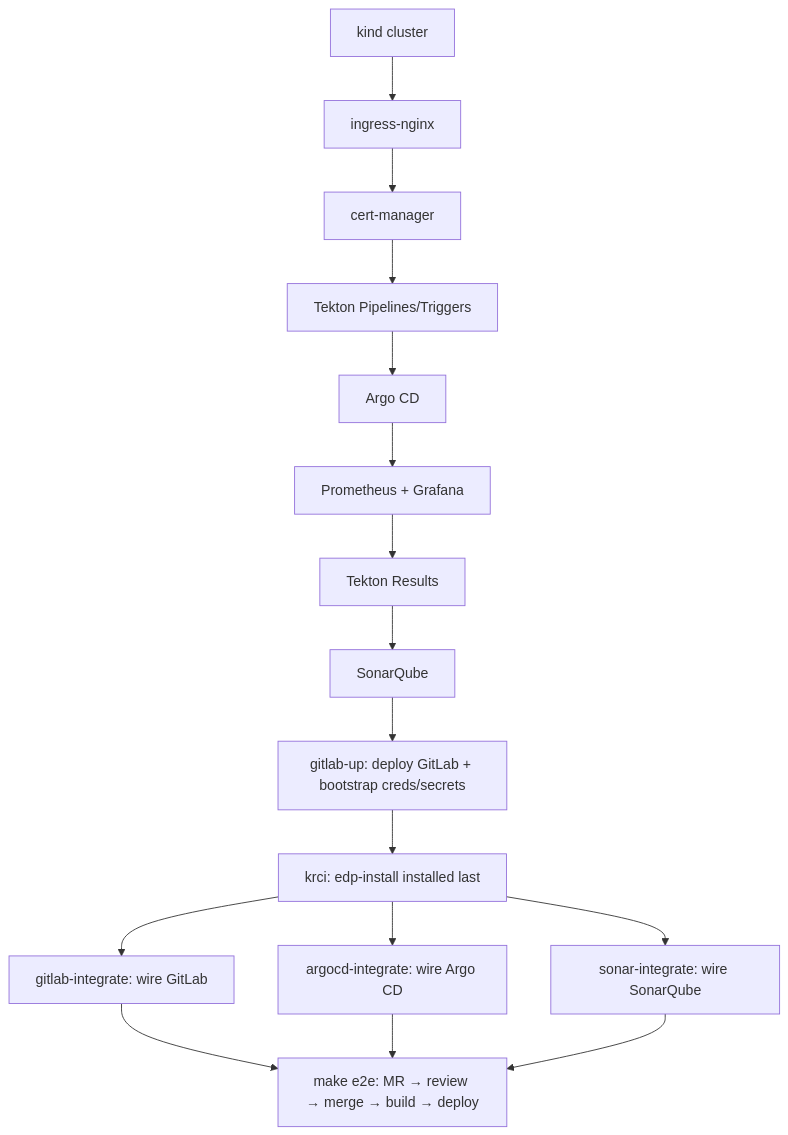
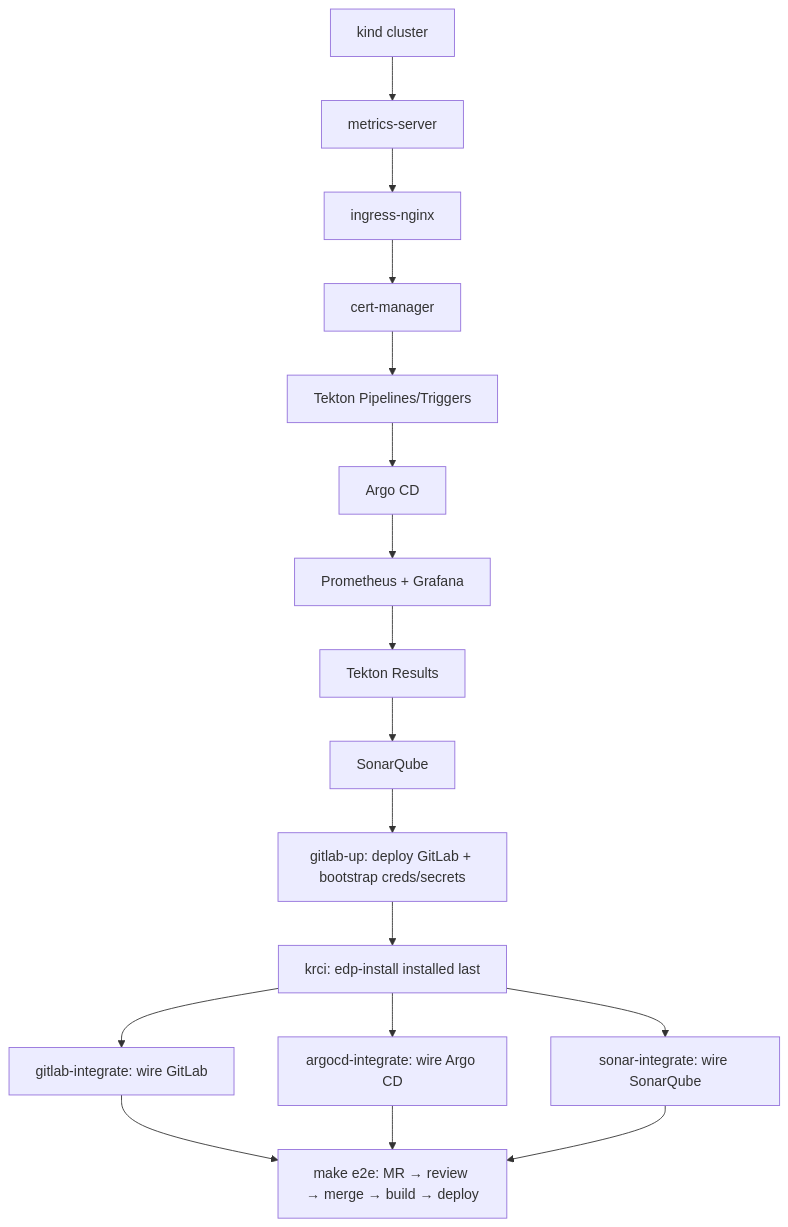
The first of 2 diagrams in docs/architecture.md (KubeRocketCI/try-kuberocketci), drawn with Mermaid before and after one commit. The commit also changed 3 other files, not shown here.

First line of the commit message:
feat: Add metrics-server to the testbed prerequisites

````diff
--- a/docs/architecture.md
+++ b/docs/architecture.md
@@ -66,18 +66,19 @@
 ```mermaid
 flowchart TD
-    A[kind cluster] --> B[ingress-nginx]
+    A[kind cluster] --> A2[metrics-server]
+    A2 --> B[ingress-nginx]
     B --> C[cert-manager]
     C --> D[Tekton Pipelines/Triggers]
     D --> E[Argo CD]
     E --> F[Prometheus + Grafana]
     F --> G[Tekton Results]
     G --> H[SonarQube]
     H --> I[gitlab-up: deploy GitLab + bootstrap creds/secrets]
     I --> J[krci: edp-install installed last]
     J --> K[gitlab-integrate: wire GitLab]
     J --> L[argocd-integrate: wire Argo CD]
     J --> M[sonar-integrate: wire SonarQube]
     K --> N[make e2e: MR → review → merge → build → deploy]
     L --> N
     M --> N
 ```
````
